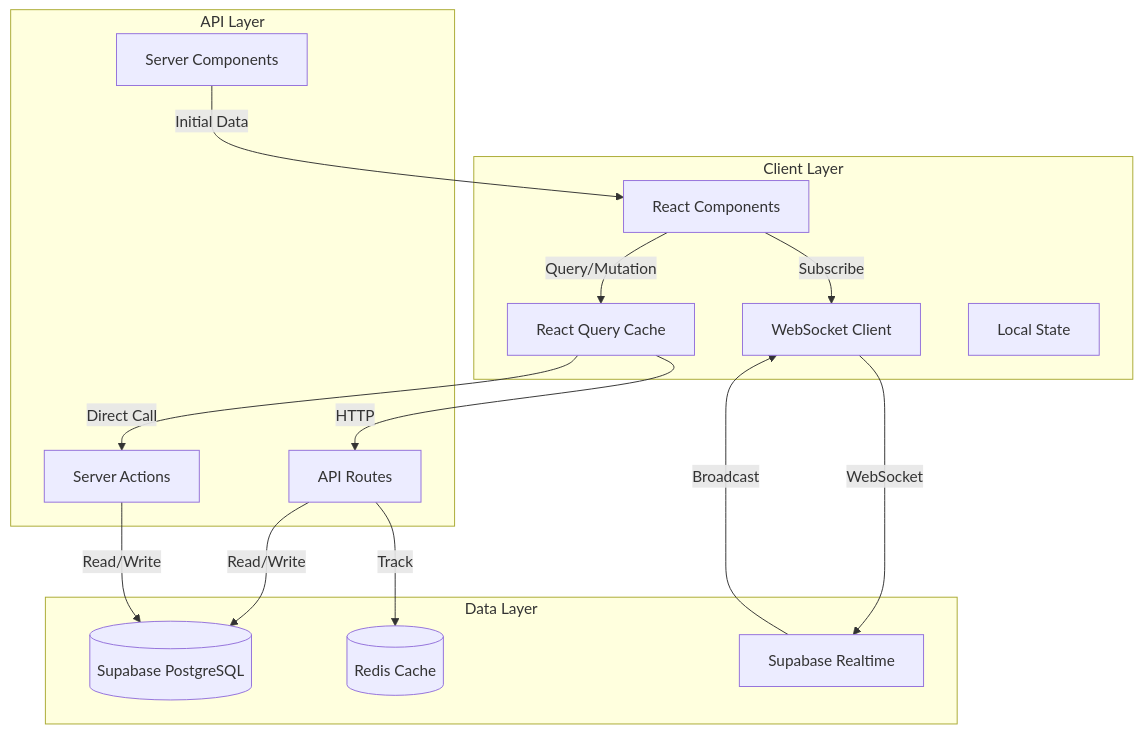
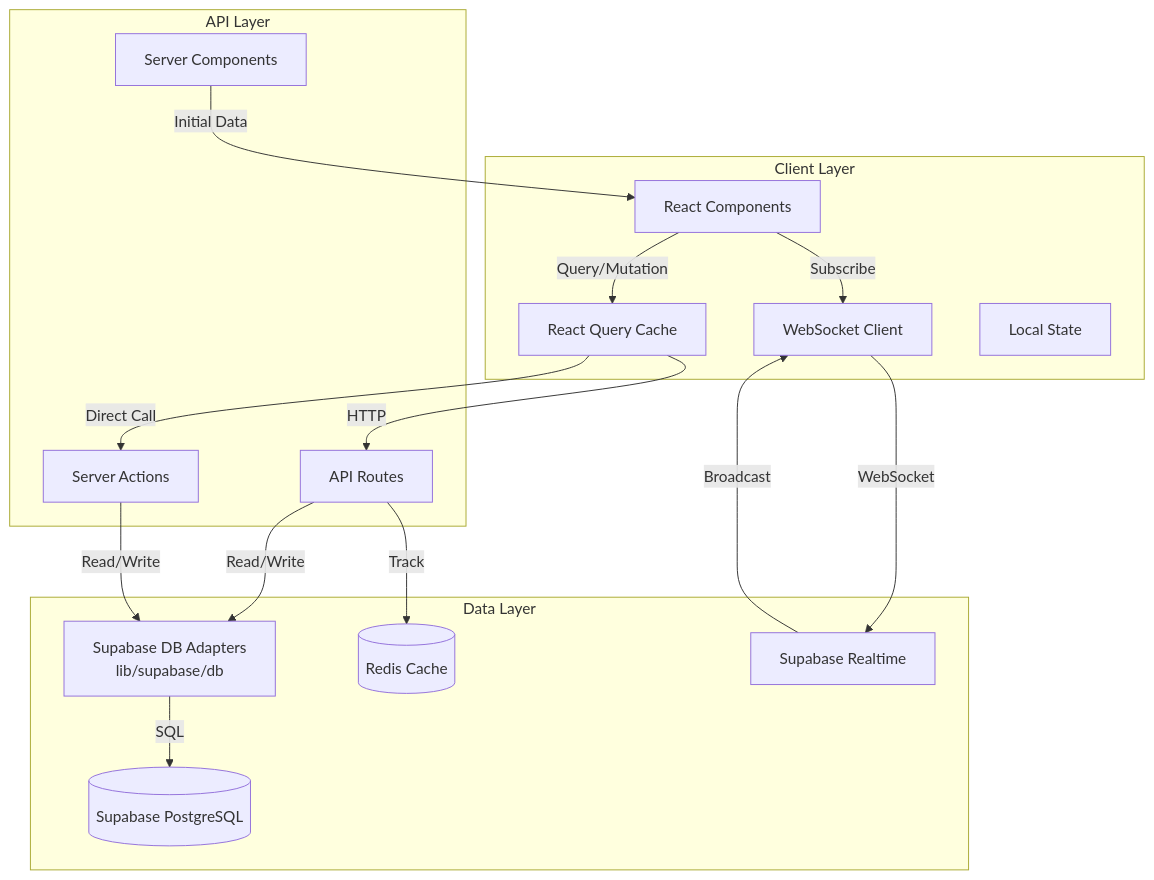
The first of 20 diagrams in docs/DATA_FLOW_ARCHITECTURE.md (jtclarkjr/realtime-chat-react), drawn with Mermaid before and after one commit. The commit also changed other lines of this file and 35 other files, not shown here.

````diff
--- a/docs/DATA_FLOW_ARCHITECTURE.md
+++ b/docs/DATA_FLOW_ARCHITECTURE.md
@@ -21,32 +41,34 @@
 ```mermaid
 graph TB
     subgraph "Client Layer"
         UI[React Components]
         RQ[React Query Cache]
         WS[WebSocket Client]
         LS[Local State]
     end
 
     subgraph "API Layer"
         API[API Routes]
         SA[Server Actions]
         SSR[Server Components]
     end
 
     subgraph "Data Layer"
+        DAL[Supabase DB Adapters<br/>lib/supabase/db]
         DB[(Supabase PostgreSQL)]
         Redis[(Redis Cache)]
         RT[Supabase Realtime]
     end
 
     UI -->|Query/Mutation| RQ
     RQ -->|HTTP| API
     RQ -->|Direct Call| SA
     UI -->|Subscribe| WS
     WS -->|WebSocket| RT
-    API -->|Read/Write| DB
-    SA -->|Read/Write| DB
+    API -->|Read/Write| DAL
+    SA -->|Read/Write| DAL
+    DAL -->|SQL| DB
     API -->|Track| Redis
     RT -->|Broadcast| WS
     SSR -->|Initial Data| UI
 ```
````
